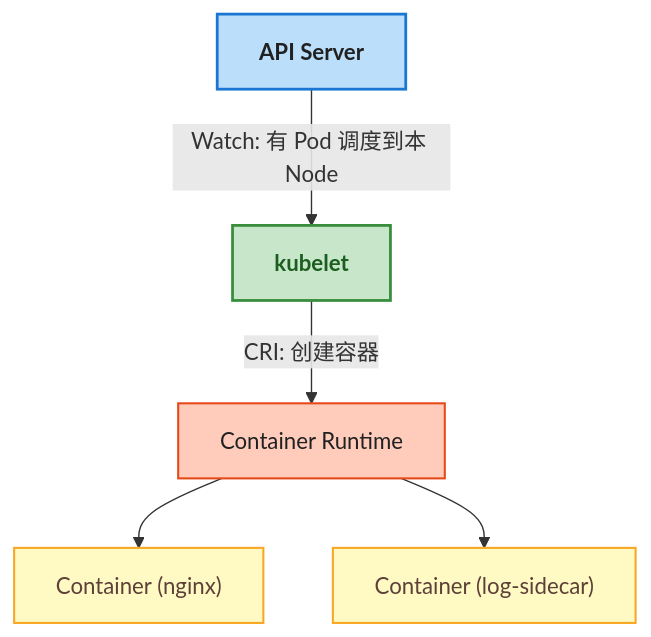
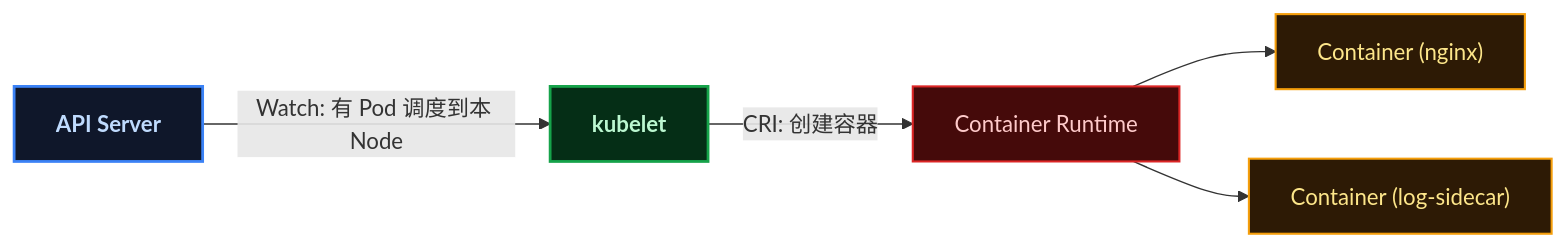
The fourth of 7 diagrams in content/posts/kubernetes/K8sFoundationConcepts.md (yaocat55/yaocat55.github.io), drawn with Mermaid before and after one commit. The commit also changed other lines of this file and 155 other files, not shown here.

````diff
--- a/content/posts/kubernetes/K8sFoundationConcepts.md
+++ b/content/posts/kubernetes/K8sFoundationConcepts.md
@@ -300,25 +300,25 @@
 ```mermaid
-flowchart TD
+flowchart LR
   AS["API Server"]
   KL["kubelet"]
   CR["Container Runtime"]
   CT["Container (nginx)"]
   CT2["Container (log-sidecar)"]
 
   AS -->|"Watch: 有 Pod 调度到本 Node"| KL
   KL -->|"CRI: 创建容器"| CR
   CR --> CT
   CR --> CT2
 
-  classDef api fill:#BBDEFB,stroke:#1976D2,stroke-width:2px,color:#212121,font-weight:bold
+classDef api fill:#0f172a,stroke:#3b82f6,stroke-width:2px,color:#bfdbfe,font-weight:bold;
   class AS api
 
-  classDef kl fill:#C8E6C9,stroke:#388E3C,stroke-width:2px,color:#1B5E20,font-weight:bold
+classDef kl fill:#052e16,stroke:#16a34a,stroke-width:2px,color:#bbf7d0,font-weight:bold;
   class KL kl
 
-  classDef rt fill:#FFCCBC,stroke:#E64A19,stroke-width:1.5px,color:#212121
+classDef rt fill:#450a0a,stroke:#dc2626,stroke-width:1.5px,color:#fecaca;
   class CR rt
 
-  classDef ct fill:#FFF9C4,stroke:#F9A825,stroke-width:1.5px,color:#5D4037
+classDef ct fill:#2d1a05,stroke:#f59e0b,stroke-width:1.5px,color:#fde68a;
   class CT,CT2 ct
 ```
````
